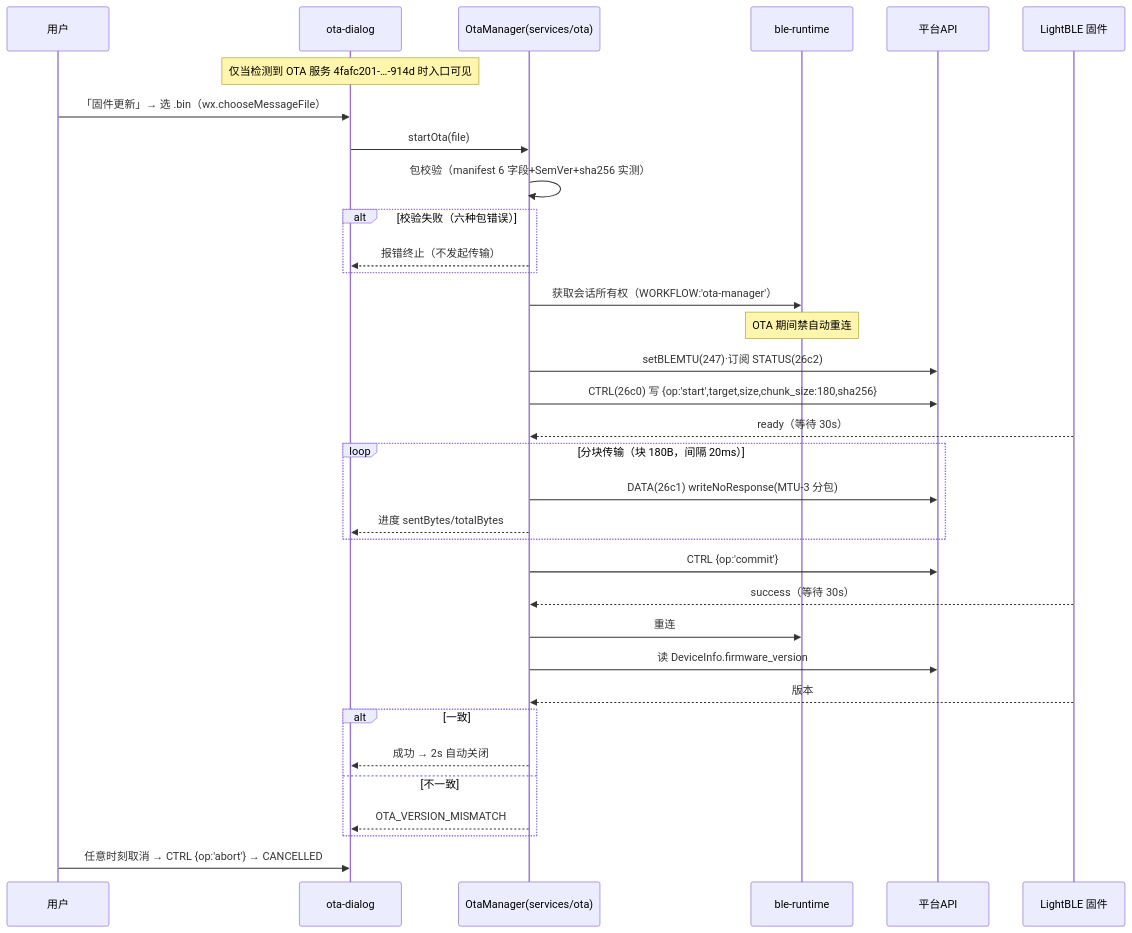
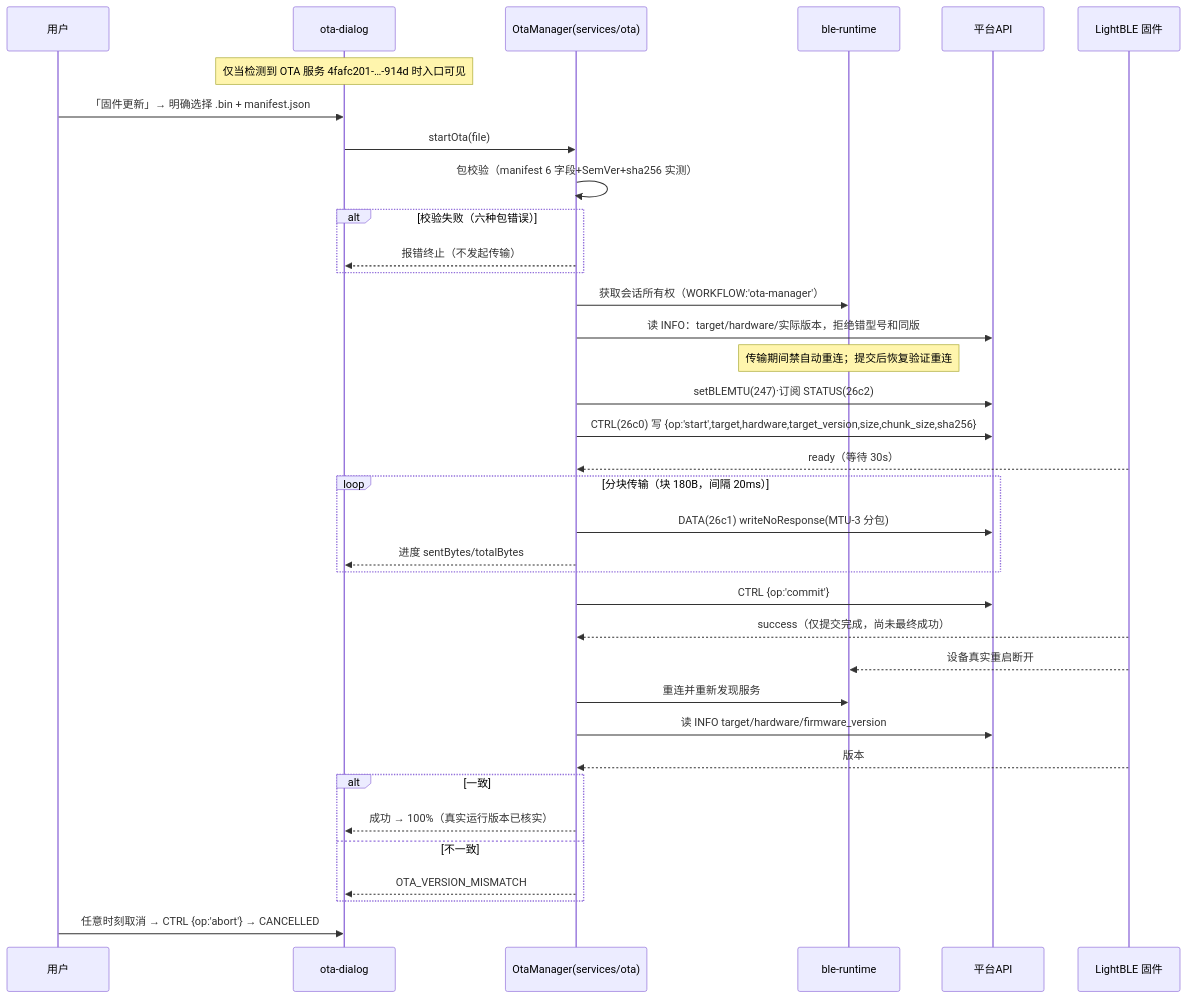
The seventh of 8 diagrams in docs/specs/05_sequence/SEQUENCE_DIAGRAMS.md (LuoYaoSheng/smart-ble), drawn with Mermaid before and after one commit. The commit also changed 108 other files, not shown here.

Commit message:
fix(ota): complete local firmware transactions and verify real image identity

````diff
--- a/docs/specs/05_sequence/SEQUENCE_DIAGRAMS.md
+++ b/docs/specs/05_sequence/SEQUENCE_DIAGRAMS.md
@@ -206,37 +206,39 @@
 ```mermaid
 sequenceDiagram
     participant U as 用户
     participant UI as ota-dialog
     participant OM as OtaManager(services/ota)
     participant RT as ble-runtime
     participant WX as 平台API
     participant D as LightBLE 固件
 
     Note over UI: 仅当检测到 OTA 服务 4fafc201-…-914d 时入口可见
-    U->>UI: 「固件更新」→ 选 .bin（wx.chooseMessageFile）
+    U->>UI: 「固件更新」→ 明确选择 .bin + manifest.json
     UI->>OM: startOta(file)
     OM->>OM: 包校验（manifest 6 字段+SemVer+sha256 实测）
     alt 校验失败（六种包错误）
         OM-->>UI: 报错终止（不发起传输）
     end
     OM->>RT: 获取会话所有权（WORKFLOW:'ota-manager'）
-    Note over RT: OTA 期间禁自动重连
+    OM->>WX: 读 INFO：target/hardware/实际版本，拒绝错型号和同版
+    Note over RT: 传输期间禁自动重连；提交后恢复验证重连
     OM->>WX: setBLEMTU(247)·订阅 STATUS(26c2)
-    OM->>WX: CTRL(26c0) 写 {op:'start',target,size,chunk_size:180,sha256}
+    OM->>WX: CTRL(26c0) 写 {op:'start',target,hardware,target_version,size,chunk_size,sha256}
     D-->>OM: ready（等待 30s）
     loop 分块传输（块 180B，间隔 20ms）
         OM->>WX: DATA(26c1) writeNoResponse(MTU-3 分包)
         OM-->>UI: 进度 sentBytes/totalBytes
     end
     OM->>WX: CTRL {op:'commit'}
-    D-->>OM: success（等待 30s）
-    OM->>RT: 重连
-    OM->>WX: 读 DeviceInfo.firmware_version
+    D-->>OM: success（仅提交完成，尚未最终成功）
+    D-->>RT: 设备真实重启断开
+    OM->>RT: 重连并重新发现服务
+    OM->>WX: 读 INFO target/hardware/firmware_version
     D-->>OM: 版本
     alt 一致
-        OM-->>UI: 成功 → 2s 自动关闭
+        OM-->>UI: 成功 → 100%（真实运行版本已核实）
     else 不一致
         OM-->>UI: OTA_VERSION_MISMATCH
     end
     U->>UI: 任意时刻取消 → CTRL {op:'abort'} → CANCELLED
 ```
````
